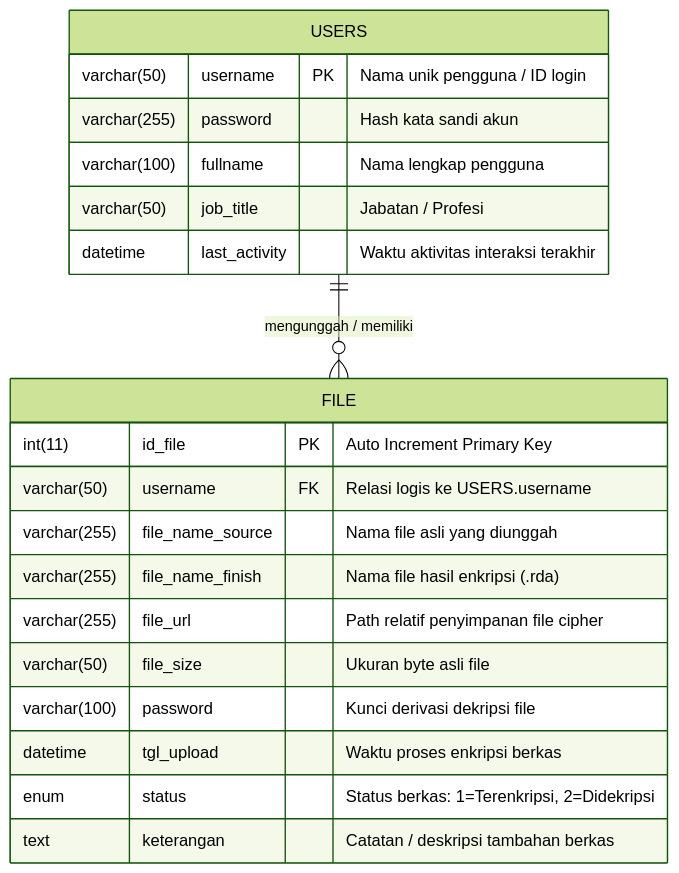
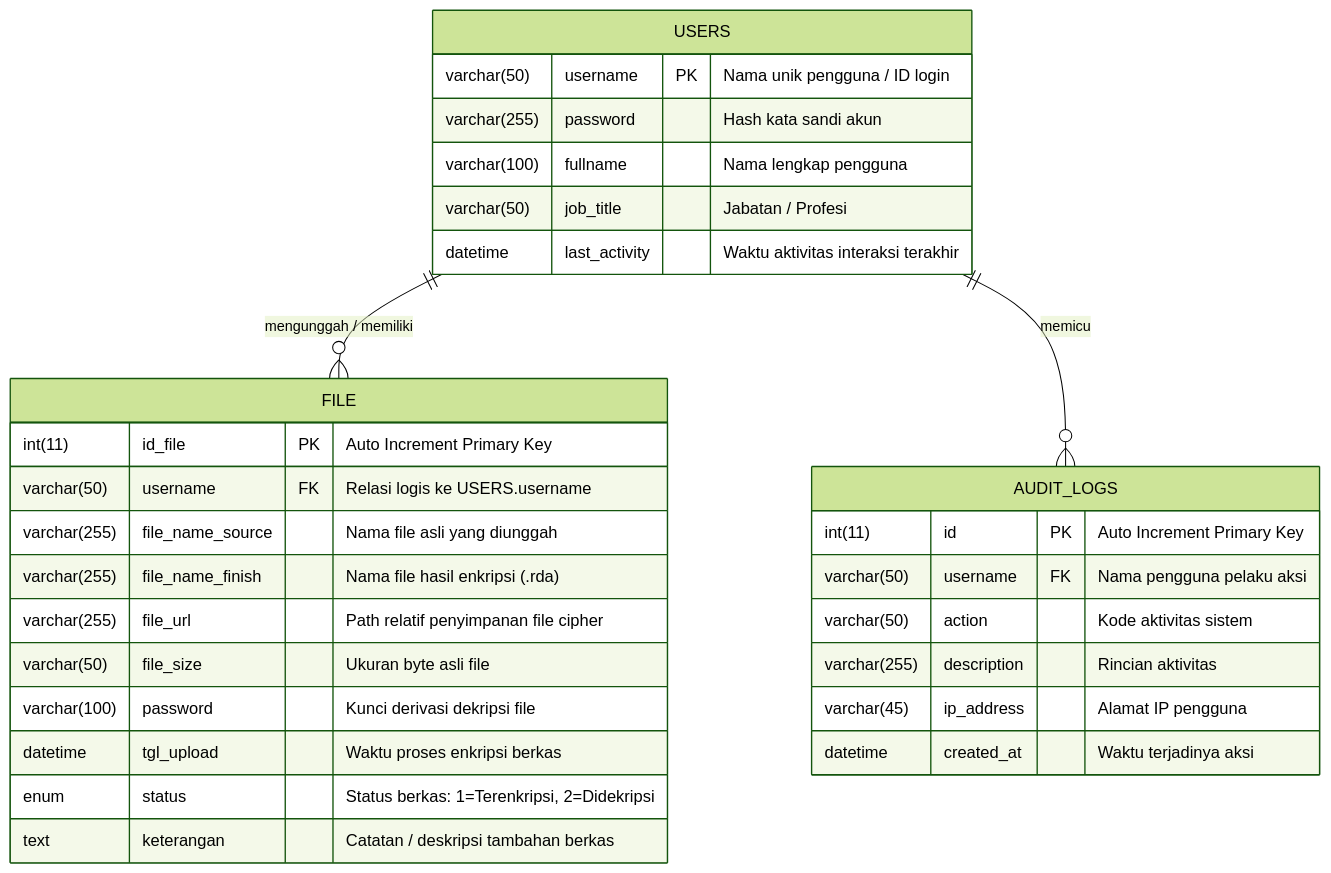
The diagram in docs/ERD.md (WildanHumaidi/kripto_file), drawn with Mermaid (forest theme) before and after one commit. The commit also changed other lines of this file and 17 other files, not shown here.

````diff
--- a/docs/ERD.md
+++ b/docs/ERD.md
@@ -11,25 +11,35 @@
 ```mermaid
 erDiagram
     USERS ||--o{ FILE : "mengunggah / memiliki"
+    USERS ||--o{ AUDIT_LOGS : "memicu"
 
     USERS {
         varchar(50) username PK "Nama unik pengguna / ID login"
         varchar(255) password "Hash kata sandi akun"
         varchar(100) fullname "Nama lengkap pengguna"
         varchar(50) job_title "Jabatan / Profesi"
         datetime last_activity "Waktu aktivitas interaksi terakhir"
     }
 
     FILE {
         int(11) id_file PK "Auto Increment Primary Key"
         varchar(50) username FK "Relasi logis ke USERS.username"
         varchar(255) file_name_source "Nama file asli yang diunggah"
         varchar(255) file_name_finish "Nama file hasil enkripsi (.rda)"
         varchar(255) file_url "Path relatif penyimpanan file cipher"
         varchar(50) file_size "Ukuran byte asli file"
         varchar(100) password "Kunci derivasi dekripsi file"
         datetime tgl_upload "Waktu proses enkripsi berkas"
         enum status "Status berkas: 1=Terenkripsi, 2=Didekripsi"
         text keterangan "Catatan / deskripsi tambahan berkas"
     }
+
+    AUDIT_LOGS {
+        int(11) id PK "Auto Increment Primary Key"
+        varchar(50) username FK "Nama pengguna pelaku aksi"
+        varchar(50) action "Kode aktivitas sistem"
+        varchar(255) description "Rincian aktivitas"
+        varchar(45) ip_address "Alamat IP pengguna"
+        datetime created_at "Waktu terjadinya aksi"
+    }
 ```
````
